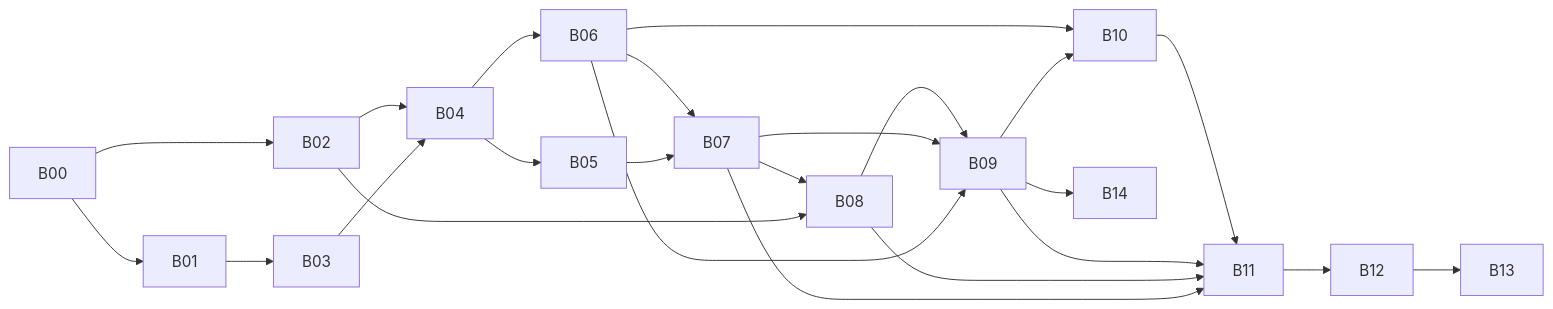
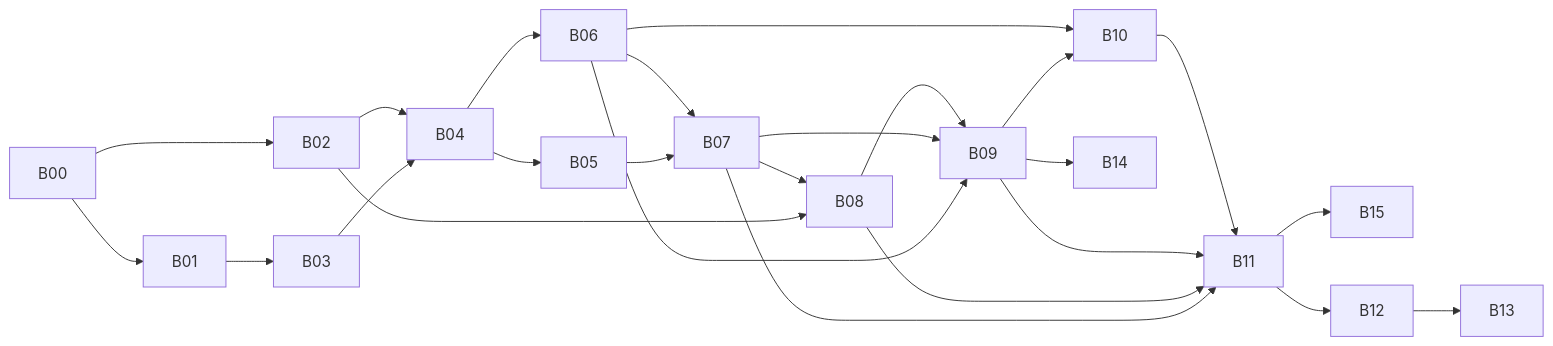
Before and after one commit to jonathan-vella/apex-factory-hackathon: the diagram in docs/backlog/README.md, drawn with Mermaid. The commit also changed other lines of this file and 3 other files, not shown here.

````diff
--- a/docs/backlog/README.md
+++ b/docs/backlog/README.md
@@ -42,18 +43,19 @@
 ```mermaid
 flowchart LR
   B00 --> B01 --> B03 --> B04
   B00 --> B02 --> B04
   B04 --> B05 --> B07
   B04 --> B06 --> B07
   B02 --> B08
   B07 --> B08
   B06 --> B09
   B07 --> B09
   B08 --> B09 --> B10
   B09 --> B14
+  B11 --> B15
   B06 --> B10
   B07 --> B11
   B08 --> B11
   B09 --> B11
   B10 --> B11 --> B12 --> B13
 ```
````
